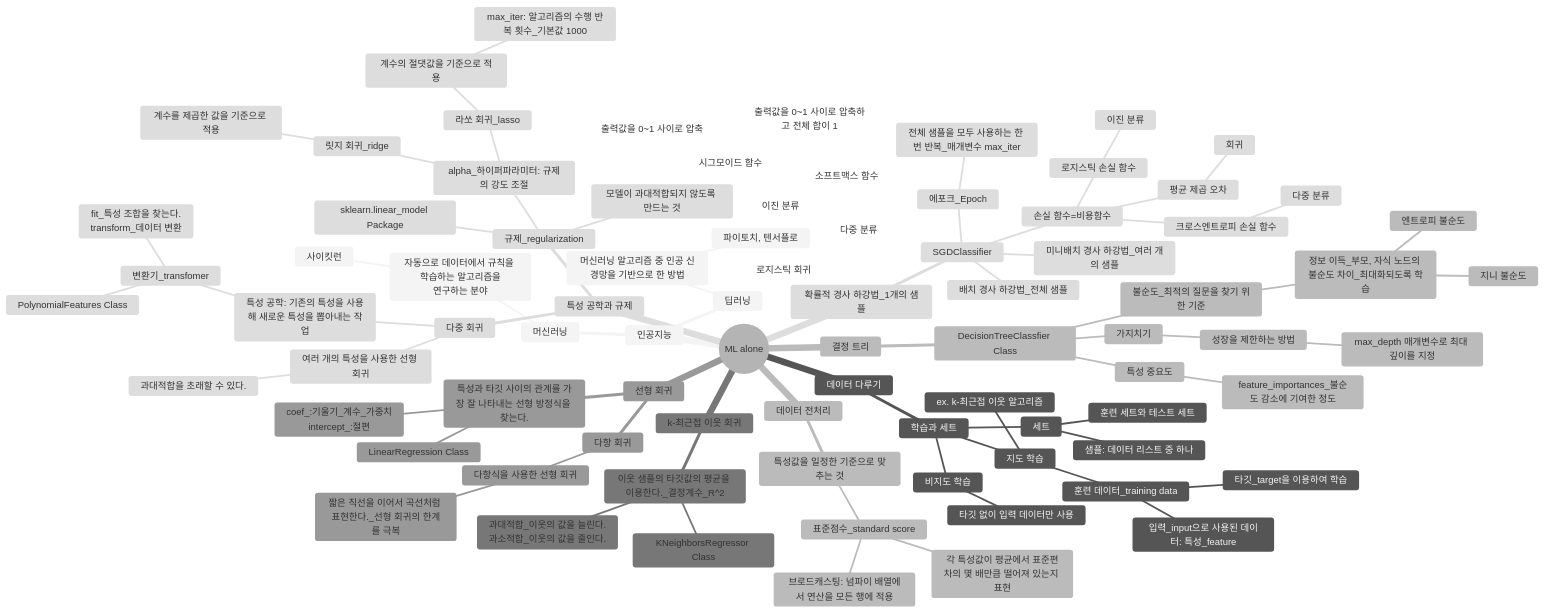
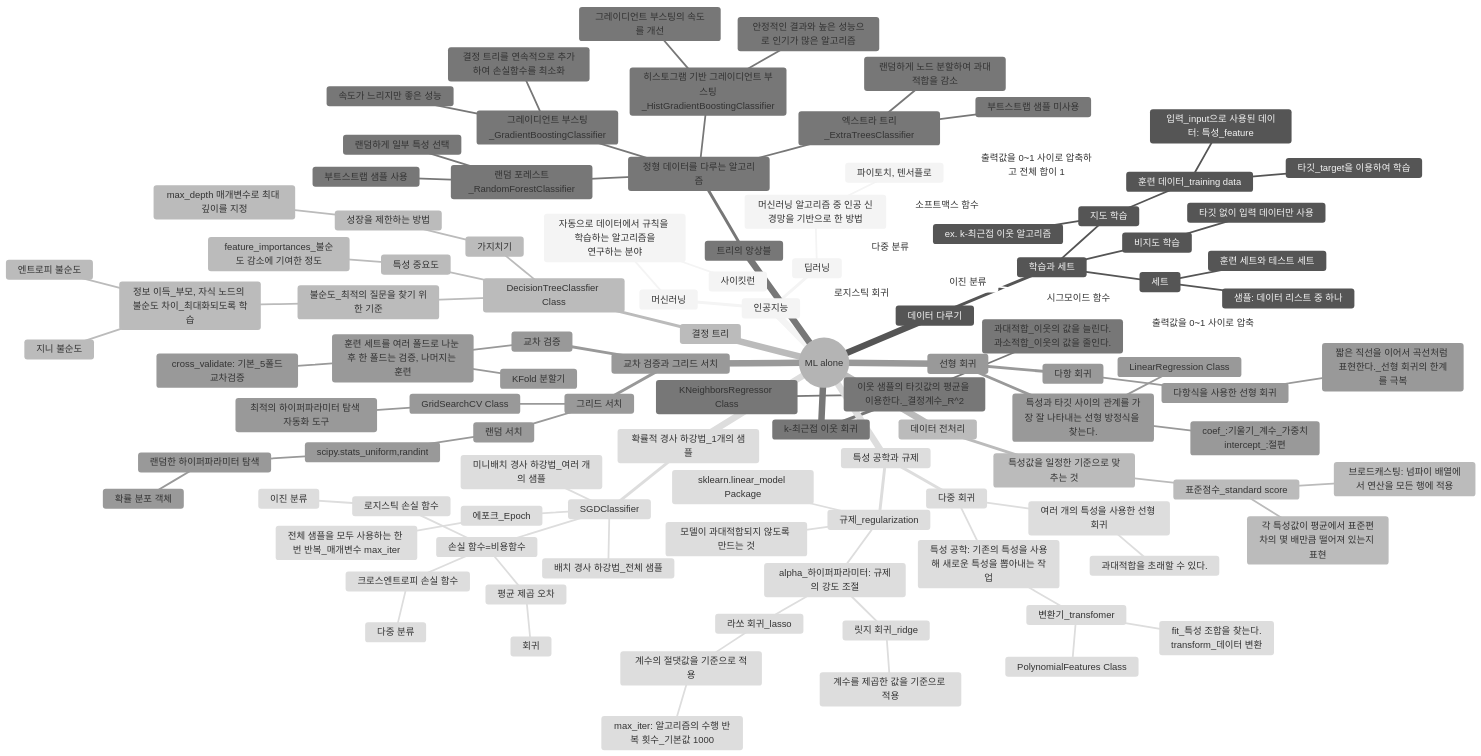
Before and after one commit to Jieun011211/ml-study-alone: the diagram in mindmap.md, drawn with Mermaid (neutral theme). The commit also changed 1 other file, not shown here.

Commit message:
5단원 정리

````diff
--- a/mindmap.md
+++ b/mindmap.md
@@ -84,6 +84,30 @@
             max_depth 매개변수로 최대 깊이를 지정
         특성 중요도
           feature_importances_불순도 감소에 기여한 정도
-      
-
+    교차 검증과 그리드 서치
+      교차 검증
+        훈련 세트를 여러 폴드로 나눈 후 한 폴드는 검증, 나머지는 훈련
+          cross_validate: 기본_5폴드교차검증
+          KFold 분할기
+      그리드 서치
+        GridSearchCV Class
+          최적의 하이퍼파라미터 탐색 자동화 도구
+        랜덤 서치
+          scipy.stats_uniform,randint
+            랜덤한 하이퍼파라미터 탐색
+              확률 분포 객체
+    트리의 앙상블
+      정형 데이터를 다루는 알고리즘
+        랜덤 포레스트_RandomForestClassifier
+          부트스트랩 샘플 사용
+          랜덤하게 일부 특성 선택
+        엑스트라 트리_ExtraTreesClassifier
+          부트스트랩 샘플 미사용
+          랜덤하게 노드 분할하여 과대적합을 감소
+        그레이디언트 부스팅_GradientBoostingClassifier
+          결정 트리를 연속적으로 추가하여 손실함수를 최소화
+          속도가 느리지만 좋은 성능
+        히스토그램 기반 그레이디언트 부스팅_HistGradientBoostingClassifier
+          그레이디언트 부스팅의 속도를 개선
+          안정적인 결과와 높은 성능으로 인기가 많은 알고리즘
 ```
````
